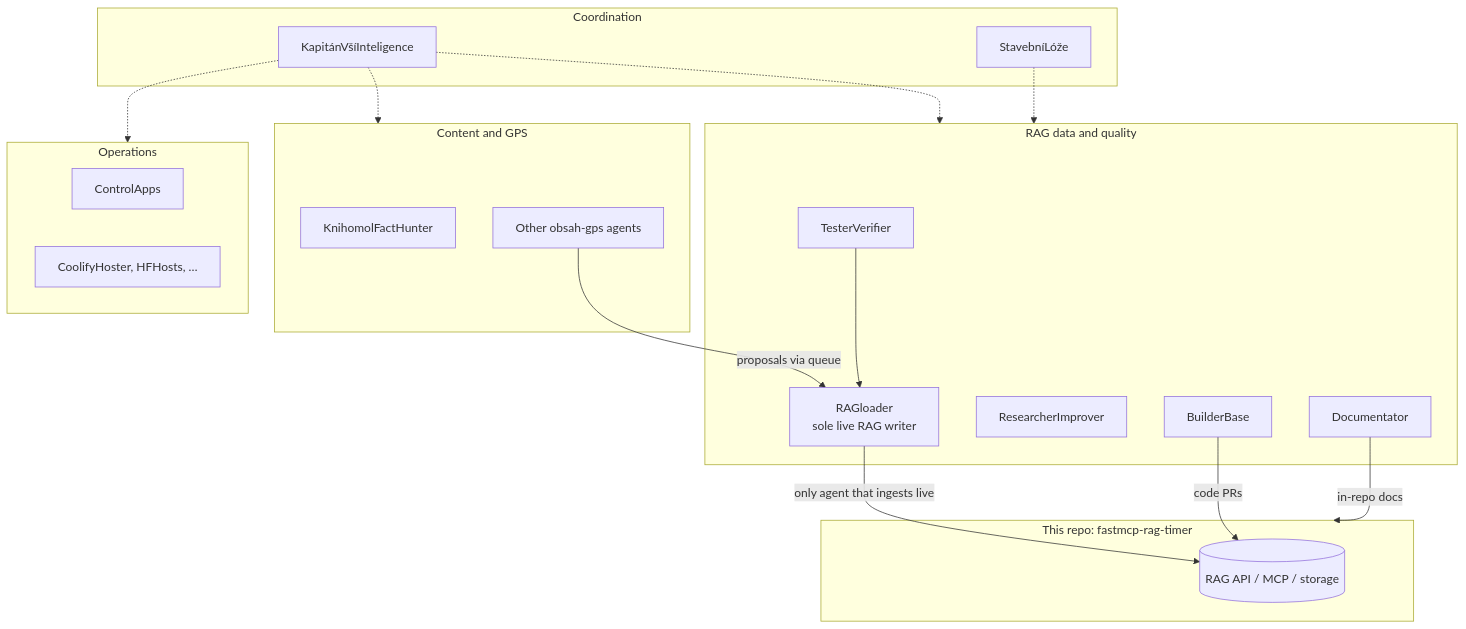
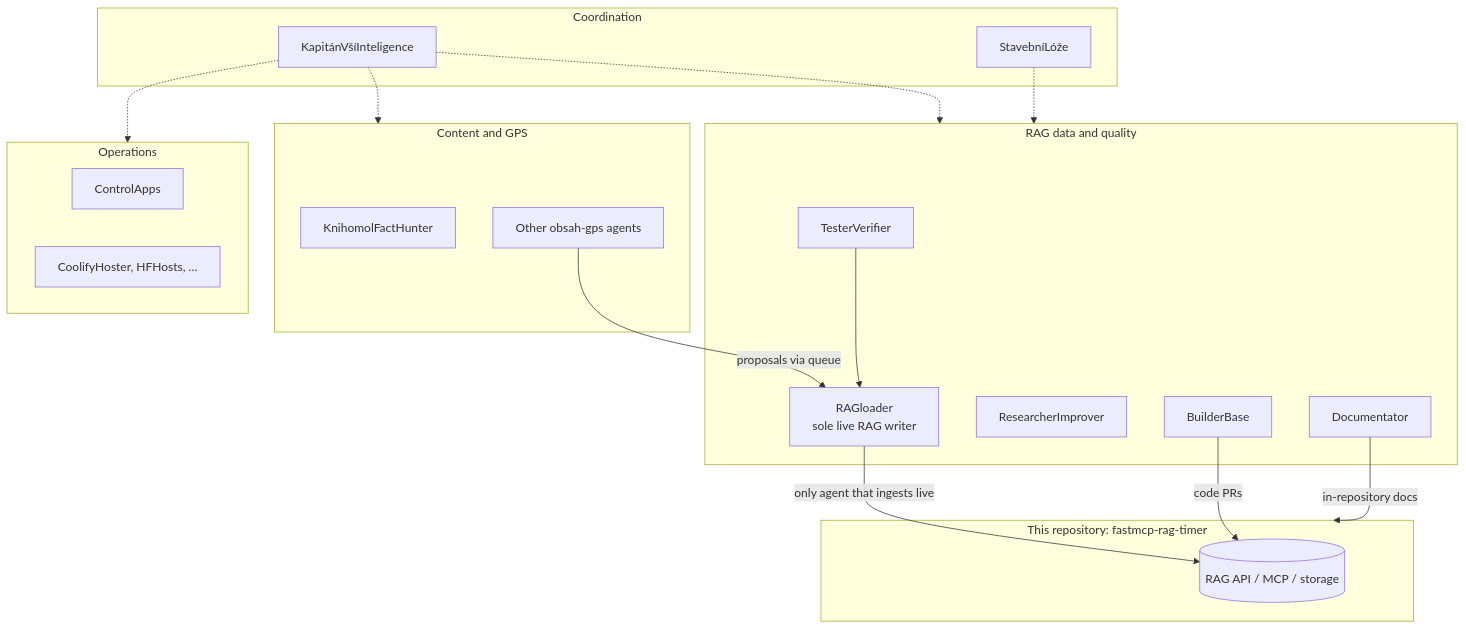
One commit to mkrejp/fastmcp-rag-timer changed the diagram in docs/AI_AGENTS.md. Above: the diagram before and after it, drawn with Mermaid. The commit also changed other lines of this file and 1 other file, not shown here.

````diff
--- a/docs/AI_AGENTS.md
+++ b/docs/AI_AGENTS.md
@@ -60,40 +62,40 @@
 ```mermaid
 flowchart TB
   subgraph coord["Coordination"]
     Kapitan["KapitánVšíInteligence"]
     Lodge["StavebníLóže"]
   end
 
   subgraph ragq["RAG data and quality"]
     RAGloader["RAGloader<br/>sole live RAG writer"]
     Tester["TesterVerifier"]
     Researcher["ResearcherImprover"]
     Doc["Documentator"]
     Builder["BuilderBase"]
   end
 
   subgraph content["Content and GPS"]
     Knihomol["KnihomolFactHunter"]
     OthersC["Other obsah-gps agents"]
   end
 
   subgraph ops["Operations"]
     Control["ControlApps"]
     OthersO["CoolifyHoster, HFHosts, …"]
   end
 
-  subgraph engine["This repo: fastmcp-rag-timer"]
+  subgraph engine["This repository: fastmcp-rag-timer"]
     RAG[("RAG API / MCP / storage")]
   end
 
   Kapitan -.-> ragq
   Kapitan -.-> content
   Kapitan -.-> ops
   Lodge -.-> ragq
 
   RAGloader -->|"only agent that ingests live"| RAG
   OthersC -->|"proposals via queue"| RAGloader
   Tester --> RAGloader
   Builder -->|"code PRs"| RAG
-  Doc -->|"in-repo docs"| engine
+  Doc -->|"in-repository docs"| engine
 ```
````
